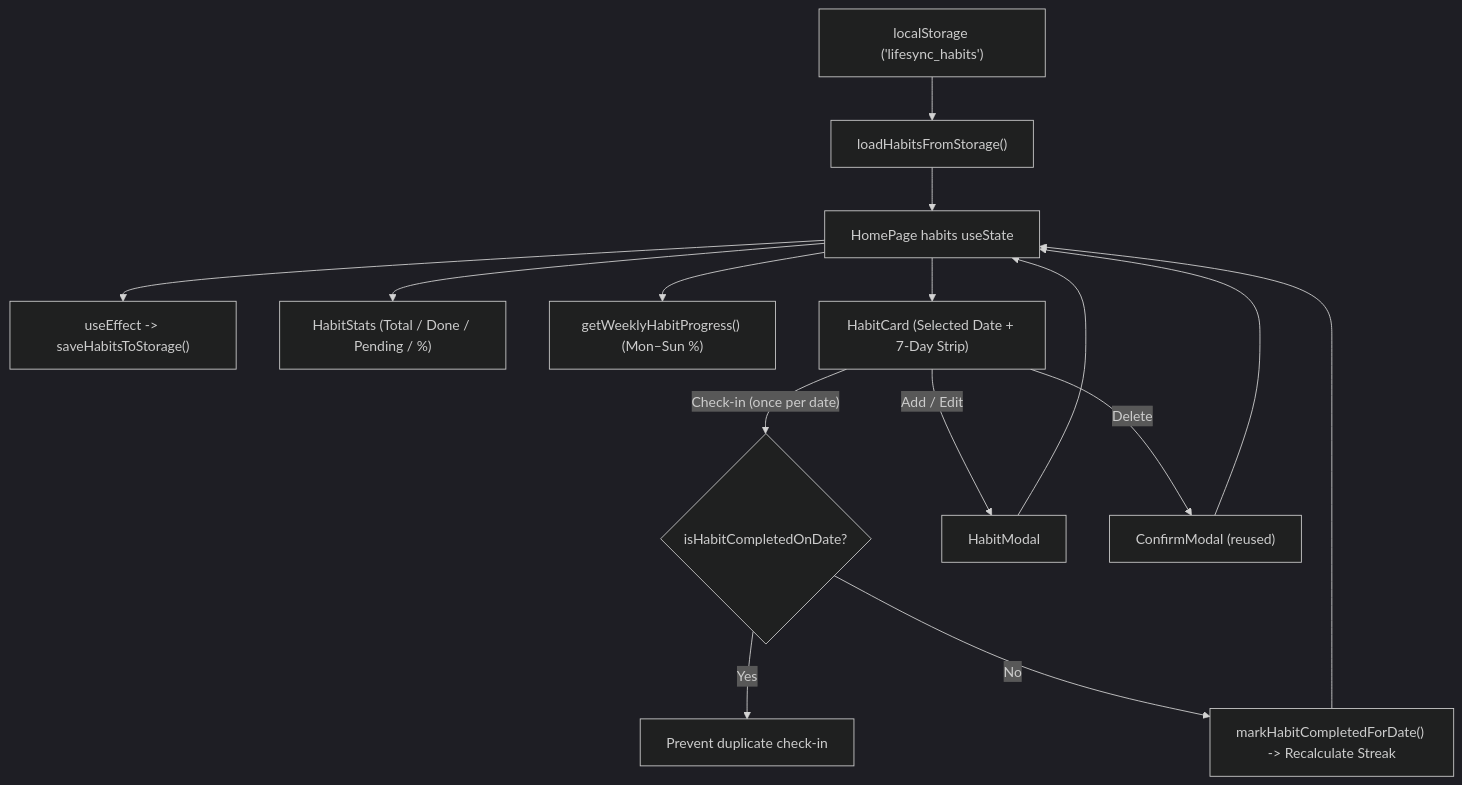
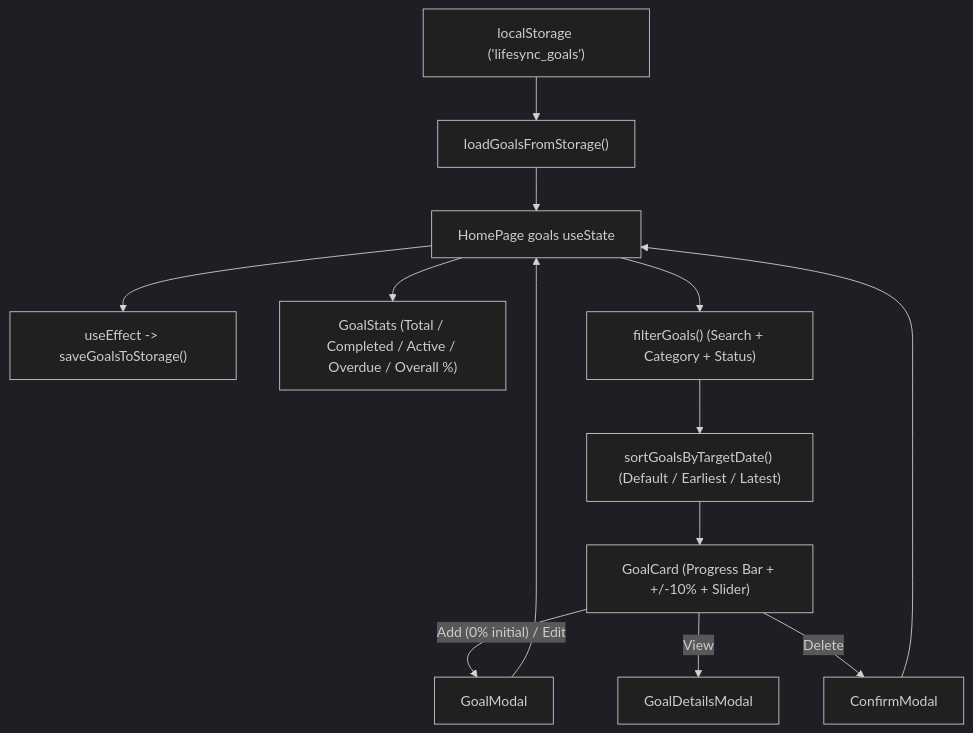
The first of 2 diagrams in personname.md (vedikamande/LifeSync), drawn with Mermaid (dark theme) before and after one commit. The commit also changed other lines of this file and 9 other files, not shown here.

Commit message:
Update Phase 5 Goal Management with 7 categories, Overdue status, 5 KPI stats, and target-date sorting

````diff
--- a/personname.md
+++ b/personname.md
@@ -84,17 +36,15 @@
 ```mermaid
 flowchart TD
-    Storage["localStorage ('lifesync_habits')"] --> Load["loadHabitsFromStorage()"]
-    Load --> State["HomePage habits useState"]
-    State --> Save["useEffect -> saveHabitsToStorage()"]
-    State --> Stats["HabitStats (Total / Done / Pending / %)"]
-    State --> Weekly["getWeeklyHabitProgress() (Mon–Sun %)"]
-    State --> Cards["HabitCard (Selected Date + 7-Day Strip)"]
-    Cards -->|"Check-in (once per date)"| Guard{"isHabitCompletedOnDate?"}
-    Guard -->|"Yes"| Block["Prevent duplicate check-in"]
-    Guard -->|"No"| Update["markHabitCompletedForDate() -> Recalculate Streak"]
-    Update --> State
-    Cards -->|"Add / Edit"| Modal["HabitModal"]
-    Cards -->|"Delete"| Confirm["ConfirmModal (reused)"]
+    Storage["localStorage ('lifesync_goals')"] --> Load["loadGoalsFromStorage()"]
+    Load --> State["HomePage goals useState"]
+    State --> Save["useEffect -> saveGoalsToStorage()"]
+    State --> Stats["GoalStats (Total / Completed / Active / Overdue / Overall %)"]
+    State --> Filter["filterGoals() (Search + Category + Status)"]
+    Filter --> Sort["sortGoalsByTargetDate() (Default / Earliest / Latest)"]
+    Sort --> Cards["GoalCard (Progress Bar + +/-10% + Slider)"]
+    Cards -->|"Add (0% initial) / Edit"| Modal["GoalModal"]
+    Cards -->|"View"| Details["GoalDetailsModal"]
+    Cards -->|"Delete"| Confirm["ConfirmModal"]
     Modal --> State
     Confirm --> State
 ```
````
